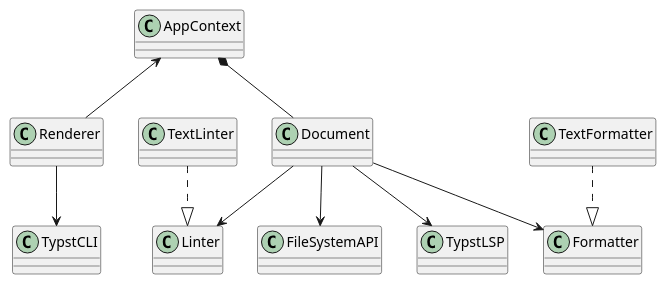
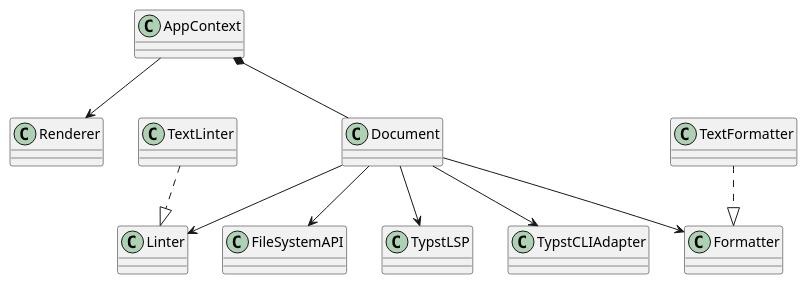
Before and after one commit to penamarth/bsbo-10-24_team5_var11_textedit: the diagram in docs/class_diagram.md, drawn with PlantUML. The commit also changed 1 other file, not shown here.

Commit message:
docs: update class diagram - AppContext calls Renderer, Document uses TypstCLIAdapter

````diff
--- a/docs/class_diagram.md
+++ b/docs/class_diagram.md
@@ -3,18 +3,16 @@
 ```plantuml
 @startuml
-AppContext <-- Renderer
+AppContext --> Renderer
 AppContext *-- Document
-
-Renderer --> TypstCLI
 
 Document --> FileSystemAPI
 Document --> Linter
 Document --> Formatter
 Document --> TypstLSP
+Document --> TypstCLIAdapter
+
 
 TextLinter ..|> Linter
 TextFormatter ..|> Formatter
-
-
 @enduml
 ```
````
